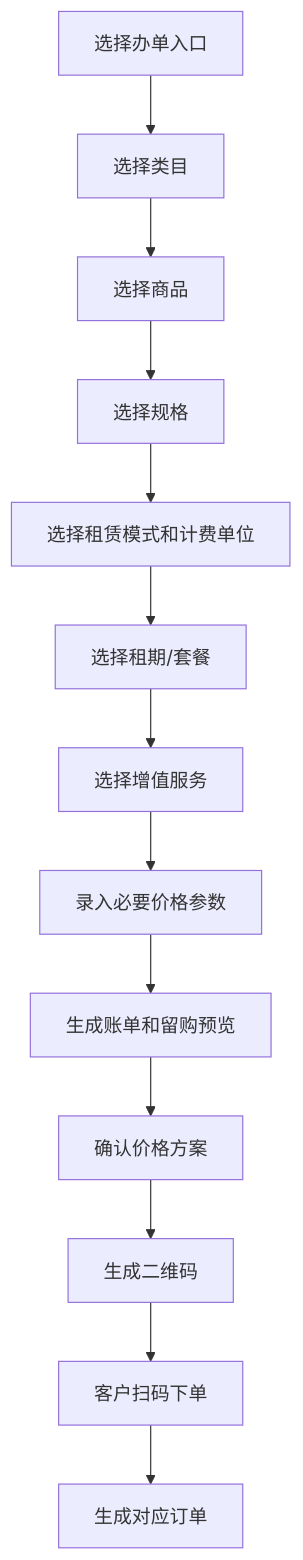
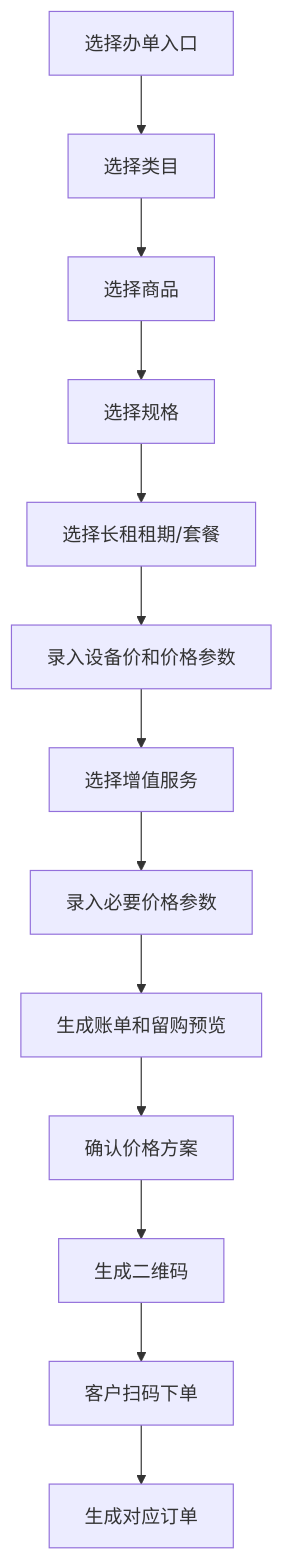
The diagram in PRD/V0.2/modules/门店手机端/办单助手/01_办单助手三入口.md (joezjyan-bot/mandian-prd), drawn with Mermaid before and after one commit. The commit also changed other lines of this file and 5 other files, not shown here.

````diff
--- a/PRD/V0.2/modules/门店手机端/办单助手/01_办单助手三入口.md
+++ b/PRD/V0.2/modules/门店手机端/办单助手/01_办单助手三入口.md
@@ -63,15 +64,15 @@
 ```mermaid
 flowchart TD
     A["选择办单入口"] --> B["选择类目"]
     B --> C["选择商品"]
     C --> D["选择规格"]
-    D --> E["选择租赁模式和计费单位"]
-    E --> F["选择租期/套餐"]
+    D --> E["选择长租租期/套餐"]
+    E --> F["录入设备价和价格参数"]
     F --> G["选择增值服务"]
     G --> H["录入必要价格参数"]
     H --> I["生成账单和留购预览"]
     I --> J["确认价格方案"]
     J --> K["生成二维码"]
     K --> L["客户扫码下单"]
     L --> M["生成对应订单"]
 ```
````
